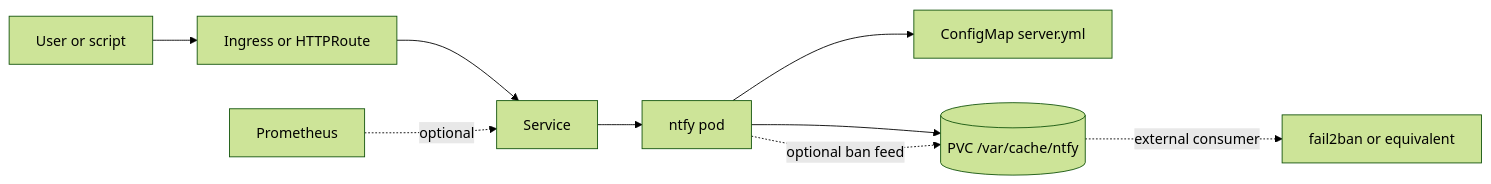
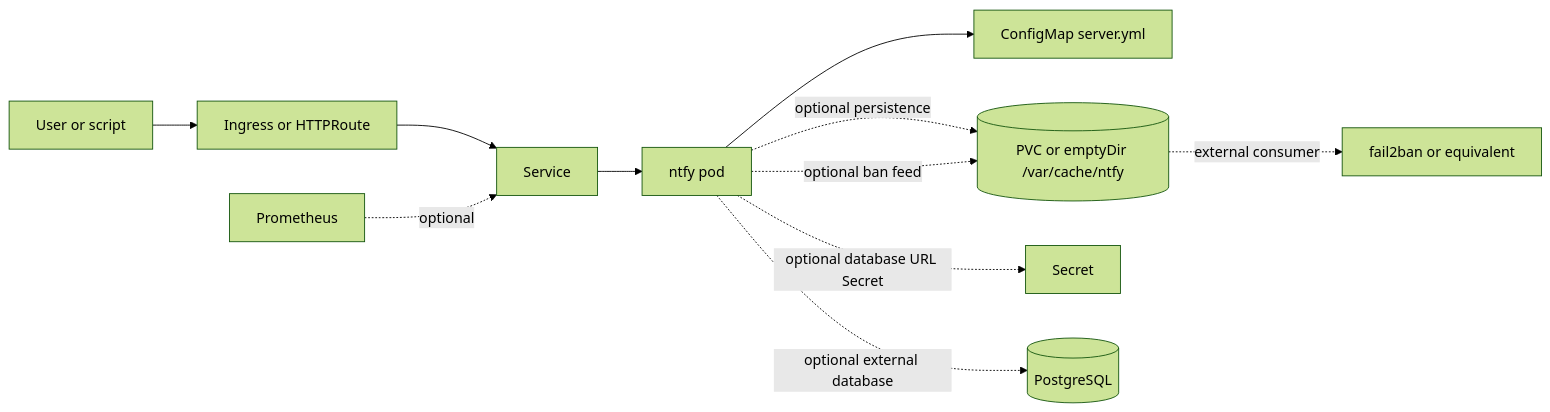
The diagram in charts/ntfy/DESIGN.md (MartyFox/charts), drawn with Mermaid (forest theme) before and after one commit. The commit also changed other lines of this file and 13 other files, not shown here.

First line of the commit message:
fix(ntfy): support PostgreSQL database secrets (#933)

````diff
--- a/charts/ntfy/DESIGN.md
+++ b/charts/ntfy/DESIGN.md
@@ -17,11 +17,13 @@
 ```mermaid
 flowchart LR
   user[User or script] --> route[Ingress or HTTPRoute]
   route --> svc[Service]
   svc --> pod[ntfy pod]
   pod --> cfg[ConfigMap server.yml]
-  pod --> pvc[(PVC /var/cache/ntfy)]
+  pod -. optional persistence .-> pvc[(PVC or emptyDir /var/cache/ntfy)]
+  pod -. optional database URL Secret .-> secret[Secret]
+  pod -. optional external database .-> postgres[(PostgreSQL)]
   pod -. optional ban feed .-> pvc
   pvc -. external consumer .-> ban[fail2ban or equivalent]
   prom[Prometheus] -. optional .-> svc
 ```
````
